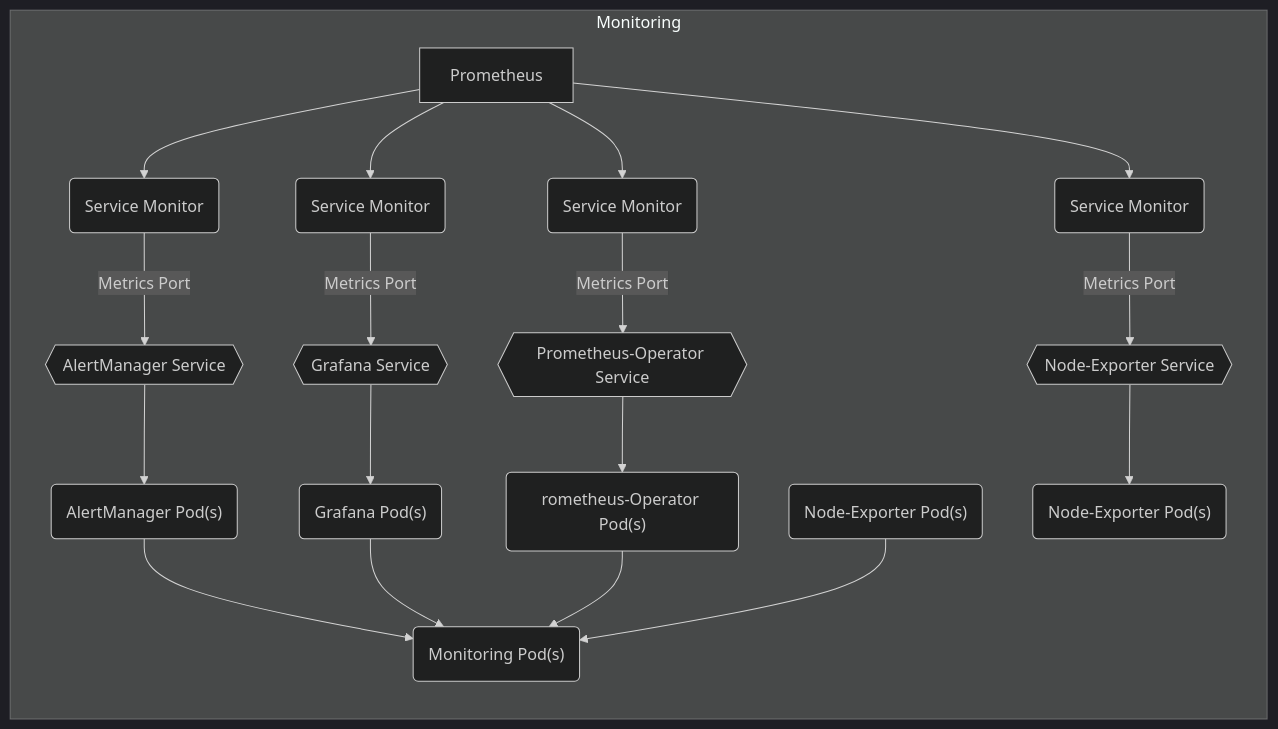
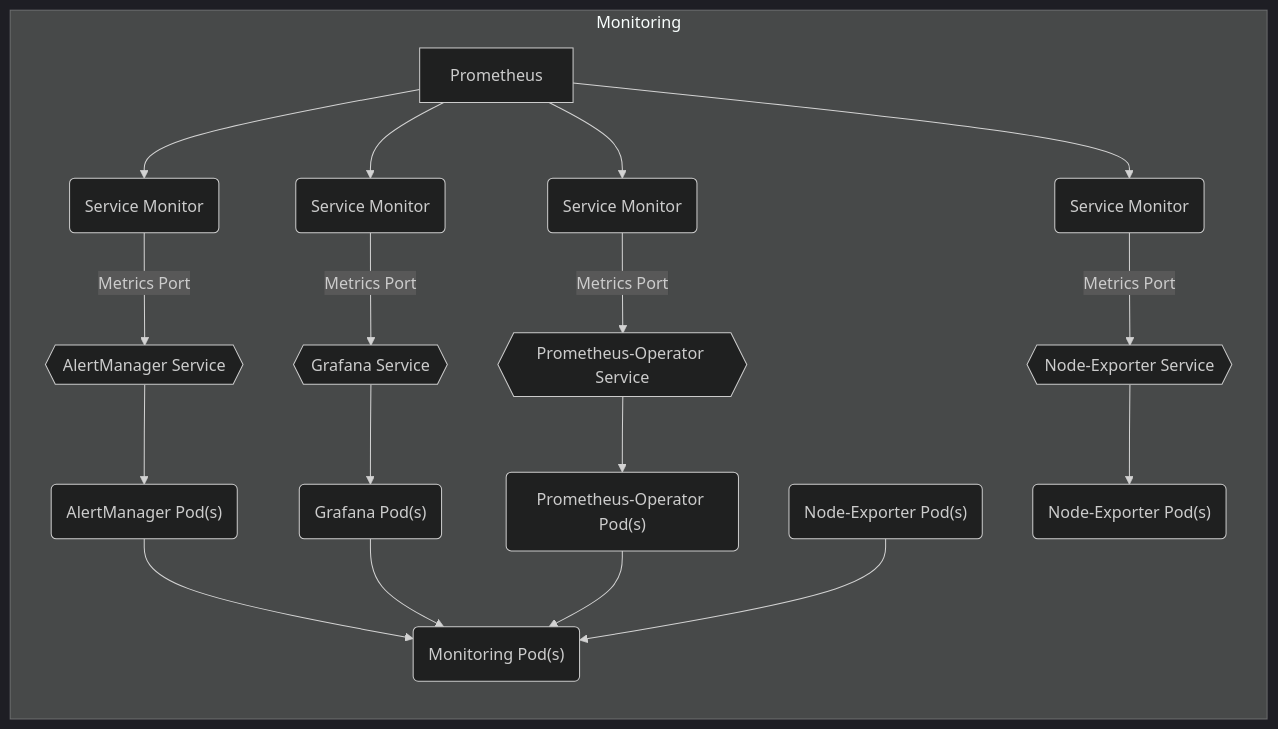
The diagram in charter/packages/monitoring/Architecture.md (sbko/bigbang), drawn with Mermaid (dark theme) before and after one commit.

Commit message:
monitoring architecture

````diff
--- a/charter/packages/monitoring/Architecture.md
+++ b/charter/packages/monitoring/Architecture.md
@@ -12,24 +12,24 @@
  ```mermaid
 graph LR
   subgraph "Monitoring"
     alertmanagerpods("AlertManager Pod(s)") --> monitoringpods("Monitoring Pod(s)")
     alertmanagerservice{{AlertManager Service}} --> alertmanagerpods("AlertManager Pod(s)")
     alertmanagersvcmonitor("Service Monitor") --"Metrics Port"--> alertmanagerservice
     Prometheus --> alertmanagersvcmonitor("Service Monitor")
     grafanapods("Grafana Pod(s)") --> monitoringpods("Monitoring Pod(s)")
     grafanaservice{{Grafana Service}} --> grafanapods("Grafana Pod(s)")
     grafanasvcmonitor("Service Monitor") --"Metrics Port"--> grafanaservice
     Prometheus --> grafanasvcmonitor("Service Monitor")
     prometheusoperatorpods("Prometheus-Operator Pod(s)") --> monitoringpods("Monitoring Pod(s)")
-    prometheusoperatorservice{{Prometheus-Operator Service}} -->  prometheusoperatorpods("rometheus-Operator Pod(s)")
+    prometheusoperatorservice{{Prometheus-Operator Service}} -->  prometheusoperatorpods("Prometheus-Operator Pod(s)")
     prometheusoperatorsvcmonitor("Service Monitor") --"Metrics Port"--> prometheusoperatorservice
     Prometheus --> prometheusoperatorsvcmonitor("Service Monitor")
     nodeexporterpods("Node-Exporter Pod(s)") --> monitoringpods("Monitoring Pod(s)")
     nodeexporterservice{{Node-Exporter Service}} -->  nodeexporterpodspods("Node-Exporter Pod(s)")
     nodeexportersvcmonitor("Service Monitor") --"Metrics Port"-->  nodeexporterservice
     Prometheus --> nodeexportersvcmonitor("Service Monitor")
 
     
   end
   
 ```   
````
